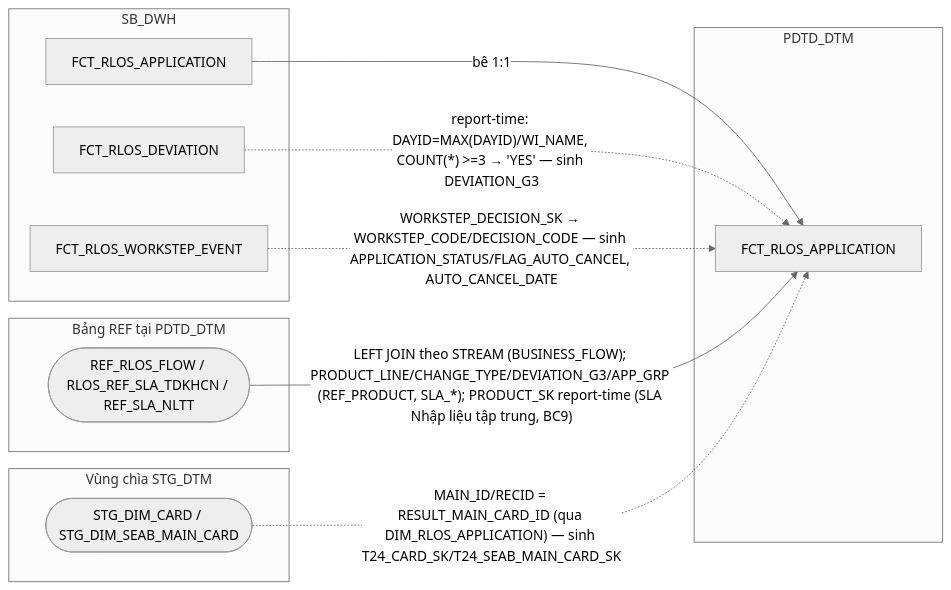
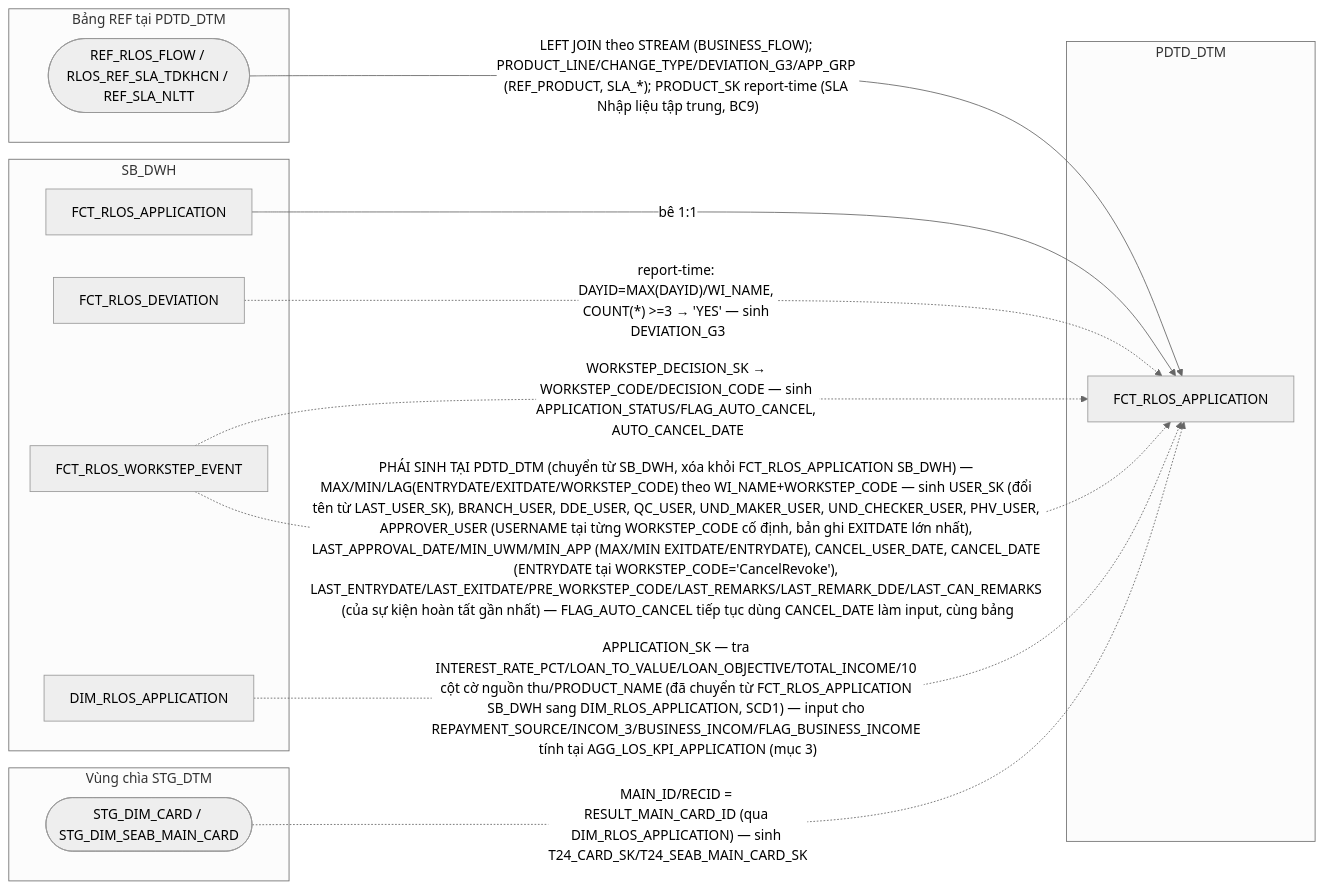
Diagram 11 of 19 in hld/hld_review/HLD_FCT_PDTD_DTM_review.md (chien1198/sb-mapping-gen), drawn with Mermaid (neutral theme) before and after one commit. The commit also changed other lines of this file and 124 other files, not shown here.

````diff
--- a/hld/hld_review/HLD_FCT_PDTD_DTM_review.md
+++ b/hld/hld_review/HLD_FCT_PDTD_DTM_review.md
@@ -667,22 +662,25 @@
 ```mermaid
 flowchart LR
     subgraph SB_DWH
         C["FCT_RLOS_APPLICATION"]
         DV["FCT_RLOS_DEVIATION"]
         WE["FCT_RLOS_WORKSTEP_EVENT"]
+        RAPP["DIM_RLOS_APPLICATION"]
     end
     subgraph REF_DTM["Bảng REF tại PDTD_DTM"]
         REF(["REF_RLOS_FLOW / RLOS_REF_SLA_TDKHCN / REF_SLA_NLTT"])
     end
     subgraph STG_DTM["Vùng chìa STG_DTM"]
         STG(["STG_DIM_CARD / STG_DIM_SEAB_MAIN_CARD"])
     end
     subgraph PDTD_DTM
         D["FCT_RLOS_APPLICATION"]
     end
     C -->|bê 1:1| D
     DV -.->|"report-time: DAYID=MAX(DAYID)/WI_NAME, COUNT(*) >=3 → 'YES' — sinh DEVIATION_G3"| D
     REF -->|"LEFT JOIN theo STREAM (BUSINESS_FLOW); PRODUCT_LINE/CHANGE_TYPE/DEVIATION_G3/APP_GRP (REF_PRODUCT, SLA_*); PRODUCT_SK report-time (SLA Nhập liệu tập trung, BC9)"| D
     WE -.->|"WORKSTEP_DECISION_SK → WORKSTEP_CODE/DECISION_CODE — sinh APPLICATION_STATUS/FLAG_AUTO_CANCEL, AUTO_CANCEL_DATE "| D
     STG -.->|"MAIN_ID/RECID = RESULT_MAIN_CARD_ID (qua DIM_RLOS_APPLICATION) — sinh T24_CARD_SK/T24_SEAB_MAIN_CARD_SK"| D
+    WE -.->|"PHÁI SINH TẠI PDTD_DTM (chuyển từ SB_DWH, xóa khỏi FCT_RLOS_APPLICATION SB_DWH) — MAX/MIN/LAG(ENTRYDATE/EXITDATE/WORKSTEP_CODE) theo WI_NAME+WORKSTEP_CODE — sinh USER_SK (đổi tên từ LAST_USER_SK), BRANCH_USER, DDE_USER, QC_USER, UND_MAKER_USER, UND_CHECKER_USER, PHV_USER, APPROVER_USER (USERNAME tại từng WORKSTEP_CODE cố định, bản ghi EXITDATE lớn nhất), LAST_APPROVAL_DATE/MIN_UWM/MIN_APP (MAX/MIN EXITDATE/ENTRYDATE), CANCEL_USER_DATE, CANCEL_DATE (ENTRYDATE tại WORKSTEP_CODE='CancelRevoke'), LAST_ENTRYDATE/LAST_EXITDATE/PRE_WORKSTEP_CODE/LAST_REMARKS/LAST_REMARK_DDE/LAST_CAN_REMARKS (của sự kiện hoàn tất gần nhất) — FLAG_AUTO_CANCEL tiếp tục dùng CANCEL_DATE làm input, cùng bảng"| D
+    RAPP -.->|"APPLICATION_SK — tra INTEREST_RATE_PCT/LOAN_TO_VALUE/LOAN_OBJECTIVE/TOTAL_INCOME/10 cột cờ nguồn thu/PRODUCT_NAME (đã chuyển từ FCT_RLOS_APPLICATION SB_DWH sang DIM_RLOS_APPLICATION, SCD1) — input cho REPAYMENT_SOURCE/INCOM_3/BUSINESS_INCOM/FLAG_BUSINESS_INCOME tính tại AGG_LOS_KPI_APPLICATION (mục 3)"| D
 ```
````
